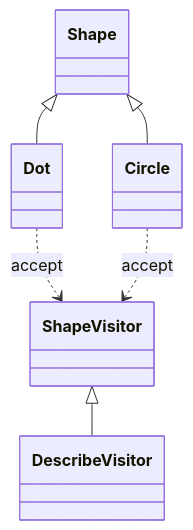
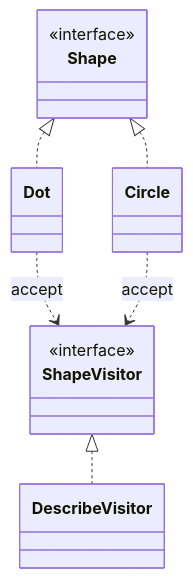
The second of 2 diagrams in examples/design_patterns/behavioral/visitor.md (remideboer/pys), drawn with Mermaid before and after one commit. The commit also changed 23 other files, not shown here.

````diff
--- a/examples/design_patterns/behavioral/visitor.md
+++ b/examples/design_patterns/behavioral/visitor.md
@@ -42,13 +42,17 @@
 ```mermaid
 classDiagram
-    class ShapeVisitor
+    class ShapeVisitor {
+        <<interface>>
+    }
     class DescribeVisitor
-    class Shape
+    class Shape {
+        <<interface>>
+    }
     class Dot
     class Circle
-    ShapeVisitor <|-- DescribeVisitor
-    Shape <|-- Dot
-    Shape <|-- Circle
+    ShapeVisitor <|.. DescribeVisitor
+    Shape <|.. Dot
+    Shape <|.. Circle
     Dot ..> ShapeVisitor : accept
     Circle ..> ShapeVisitor : accept
 ```
````
